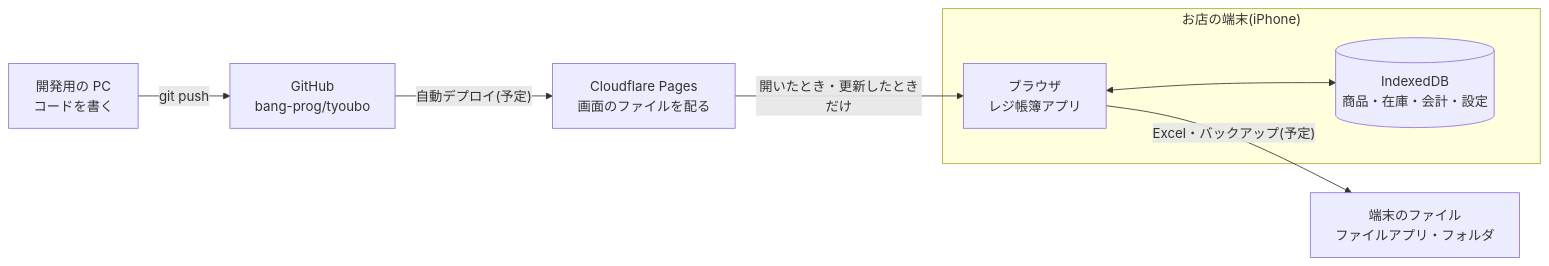
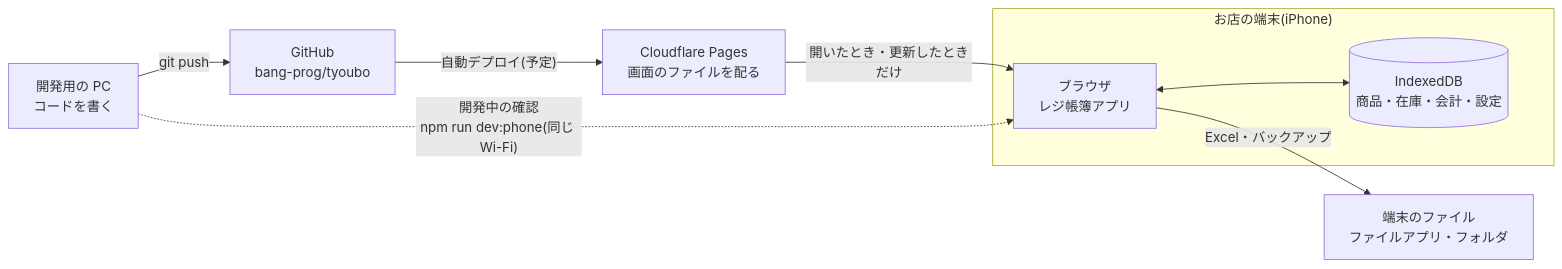
One commit to bang-prog/tyoubo changed the first of 6 diagrams in docs/architecture.md. Above: the diagram before and after it, drawn with Mermaid. The commit also changed other lines of this file and 34 other files, not shown here.

Commit message:
スマホ(iPhone)対応とアーキテクチャ図の更新- タブを画面下に固定、会計は合計のバーとカートを下から開く形に- 電卓を縦1列で1画面に、サイズ・色のボタンを折り返して並べる- 商品管理と会計履歴は一覧と明細を切り替え、表の列を整理- 入力欄を16px に、セーフエリアに対応- http でも id を作れるようにし、暗証番号が使えないときは案内を出す- 商品カードが重なる不具合と、カートの税率の表示を修正- 画面の配置とスマホの会計の流れの図を追加

````diff
--- a/docs/architecture.md
+++ b/docs/architecture.md
@@ -14,14 +14,15 @@
 ```mermaid
 flowchart LR
   dev["開発用の PC<br/>コードを書く"] -- "git push" --> gh["GitHub<br/>bang-prog/tyoubo"]
   gh -- "自動デプロイ(予定)" --> cf["Cloudflare Pages<br/>画面のファイルを配る"]
 
   subgraph device["お店の端末(iPhone)"]
     browser["ブラウザ<br/>レジ帳簿アプリ"]
     idb[("IndexedDB<br/>商品・在庫・会計・設定")]
     browser <--> idb
   end
 
   cf -- "開いたとき・更新したときだけ" --> browser
-  browser -- "Excel・バックアップ(予定)" --> files["端末のファイル<br/>ファイルアプリ・フォルダ"]
+  browser -- "Excel・バックアップ" --> files["端末のファイル<br/>ファイルアプリ・フォルダ"]
+  dev -. "開発中の確認<br/>npm run dev:phone(同じ Wi-Fi)" .-> browser
 ```
````
